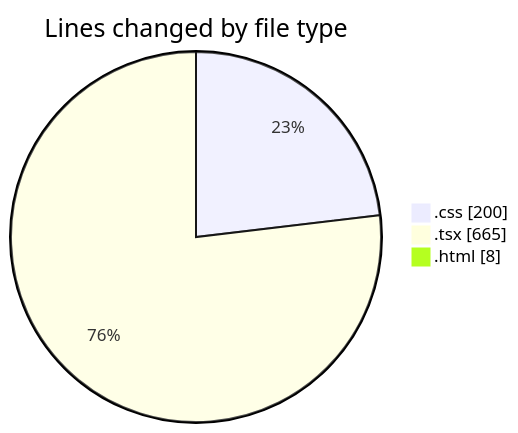
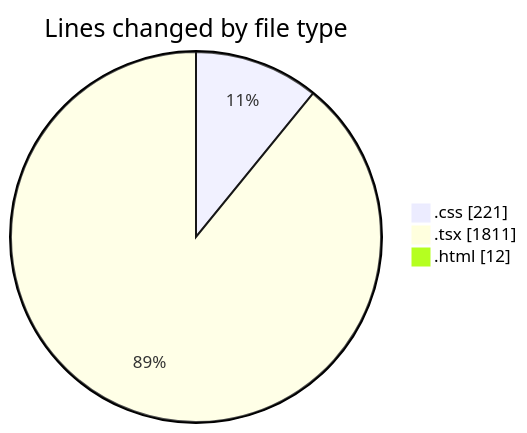
Before and after one commit to Elitesun/code-tracking: the first of 2 diagrams in 2025-03-29/binarysec/README.md, drawn with Mermaid. The commit also changed other lines of this file and 1 other file, not shown here.

````diff
--- a/2025-03-29/binarysec/README.md
+++ b/2025-03-29/binarysec/README.md
@@ -30,7 +32,7 @@
 ```mermaid
 pie showData
 title Lines changed by file type
-".css" : 200
-".tsx" : 665
-".html" : 8
+".css" : 221
+".tsx" : 1811
+".html" : 12
 ```
````
